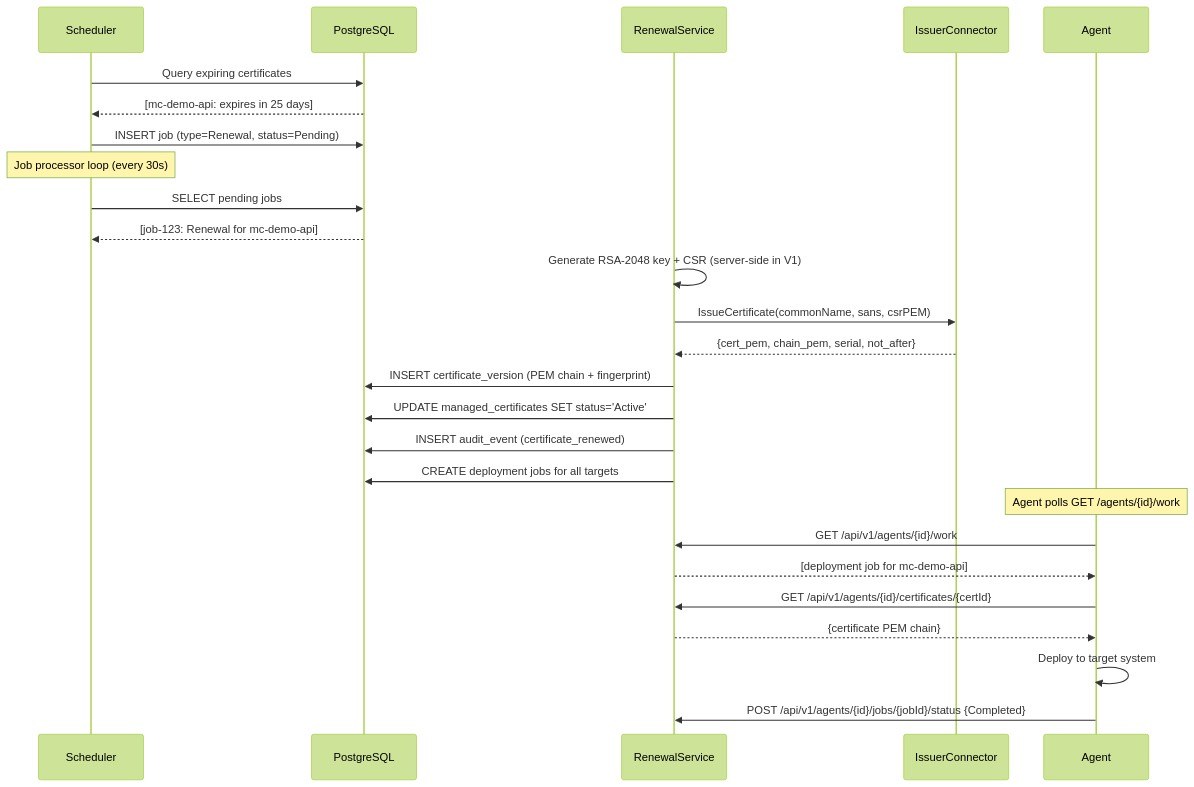
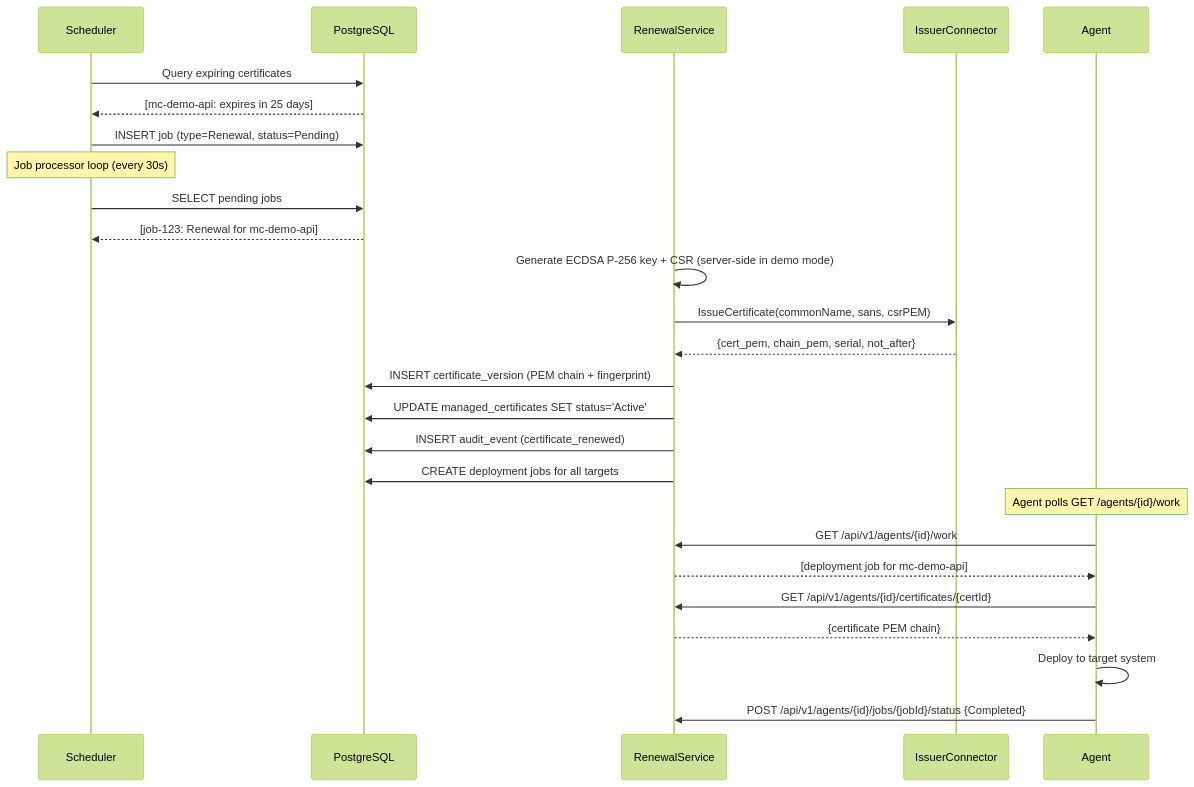
The third of 6 diagrams in docs/demo-advanced.md (certctl-io/certctl), drawn with Mermaid (forest theme) before and after one commit. The commit also changed other lines of this file and 4 other files, not shown here.

````diff
--- a/docs/demo-advanced.md
+++ b/docs/demo-advanced.md
@@ -220,33 +220,33 @@
 ```mermaid
 sequenceDiagram
     participant S as Scheduler
     participant DB as PostgreSQL
     participant SVC as RenewalService
     participant ISS as IssuerConnector
     participant A as Agent
 
     S->>DB: Query expiring certificates
     DB-->>S: [mc-demo-api: expires in 25 days]
     S->>DB: INSERT job (type=Renewal, status=Pending)
 
     Note over S: Job processor loop (every 30s)
     S->>DB: SELECT pending jobs
     DB-->>S: [job-123: Renewal for mc-demo-api]
 
-    SVC->>SVC: Generate RSA-2048 key + CSR (server-side in V1)
+    SVC->>SVC: Generate ECDSA P-256 key + CSR (server-side in demo mode)
     SVC->>ISS: IssueCertificate(commonName, sans, csrPEM)
     ISS-->>SVC: {cert_pem, chain_pem, serial, not_after}
 
     SVC->>DB: INSERT certificate_version (PEM chain + fingerprint)
     SVC->>DB: UPDATE managed_certificates SET status='Active'
     SVC->>DB: INSERT audit_event (certificate_renewed)
     SVC->>DB: CREATE deployment jobs for all targets
 
     Note over A: Agent polls GET /agents/{id}/work
     A->>SVC: GET /api/v1/agents/{id}/work
     SVC-->>A: [deployment job for mc-demo-api]
     A->>SVC: GET /api/v1/agents/{id}/certificates/{certId}
     SVC-->>A: {certificate PEM chain}
     A->>A: Deploy to target system
     A->>SVC: POST /api/v1/agents/{id}/jobs/{jobId}/status {Completed}
 ```
````
